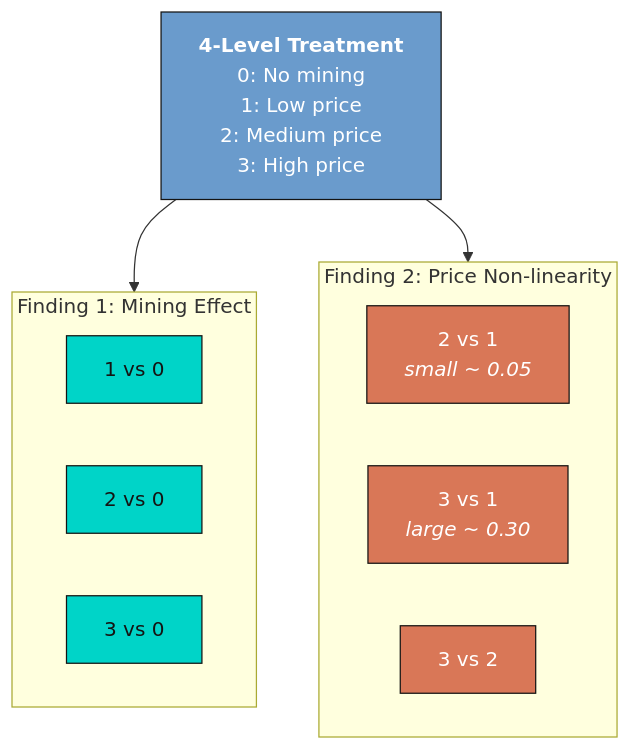
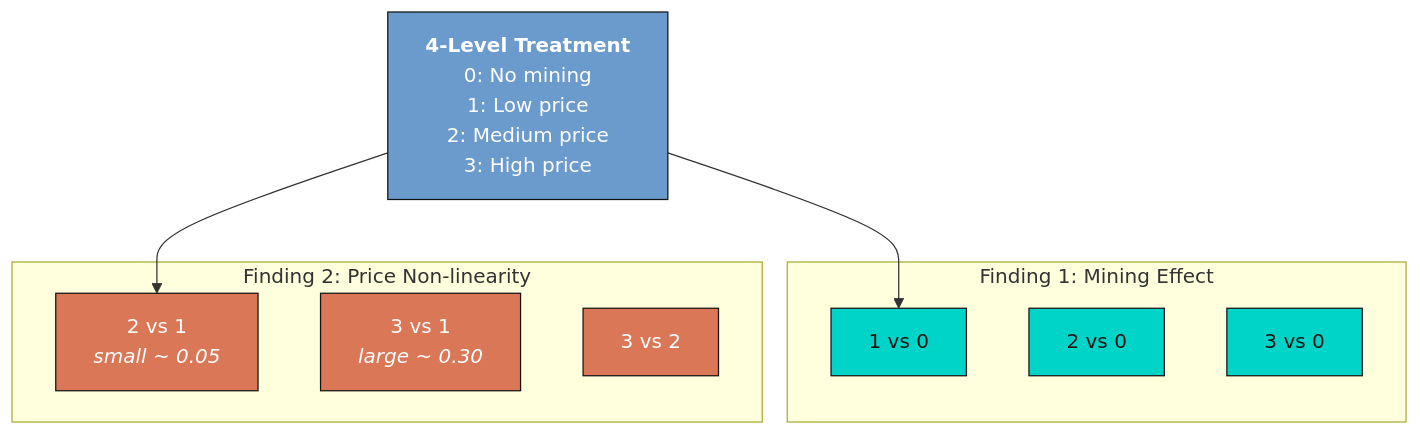
Before and after one commit to cmg777/starter-academic-v501: the third of 3 diagrams in content/post/stata_cate2/index.md, drawn with Mermaid.

Commit message:
fix(stata_cate2): render Finding-1/2 Mermaid diagram on Mermaid 8.8.4
The §6.1 diagram drew edges into subgraphs (T --> F1, T --> F2), which crashes
dagre layout in Mermaid 8.8.4 (the theme's pinned version) with "Cannot set
properties of undefined (setting 'rank')" — the graph rendered blank. Point the
edges at an inner node of each group instead (T --> C10, T --> C21); verified by
rendering against real Mermaid 8.8.4 in a headless browser.

Found via a site-wide sweep for edge-to/from-subgraph Mermaid. The only other
match (stata_matching, M --> O) was tested and renders fine, so it was left
unchanged.

````diff
--- a/content/post/stata_cate2/index.md
+++ b/content/post/stata_cate2/index.md
@@ -522,23 +522,23 @@
 ```mermaid
 graph TD
     T["<b>4-Level Treatment</b><br/>0: No mining<br/>1: Low price<br/>2: Medium price<br/>3: High price"]:::data
 
     subgraph F1["Finding 1: Mining Effect"]
         C10["1 vs 0"]:::f1
         C20["2 vs 0"]:::f1
         C30["3 vs 0"]:::f1
     end
 
     subgraph F2["Finding 2: Price Non-linearity"]
         C21["2 vs 1<br/><i>small ~ 0.05</i>"]:::f2
         C31["3 vs 1<br/><i>large ~ 0.30</i>"]:::f2
         C32["3 vs 2"]:::f2
     end
 
-    T --> F1
-    T --> F2
+    T --> C10
+    T --> C21
 
     classDef data fill:#6a9bcc,stroke:#141413,color:#fff
     classDef f1 fill:#00d4c8,stroke:#141413,color:#141413
     classDef f2 fill:#d97757,stroke:#141413,color:#fff
 ```
````
